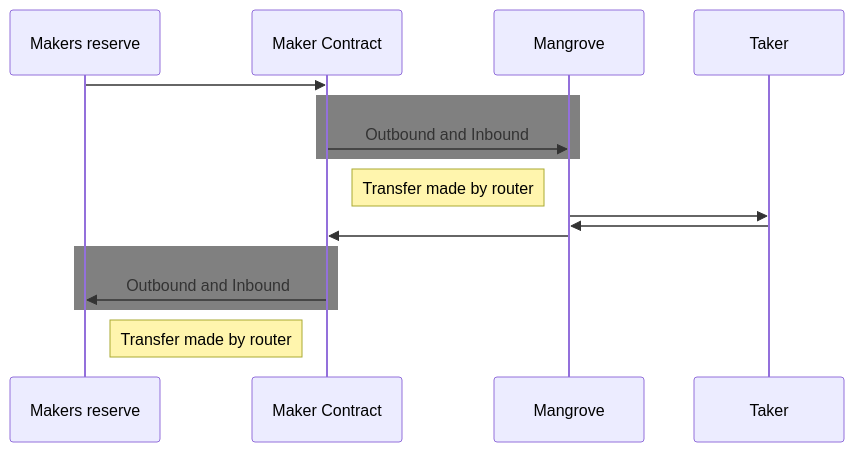
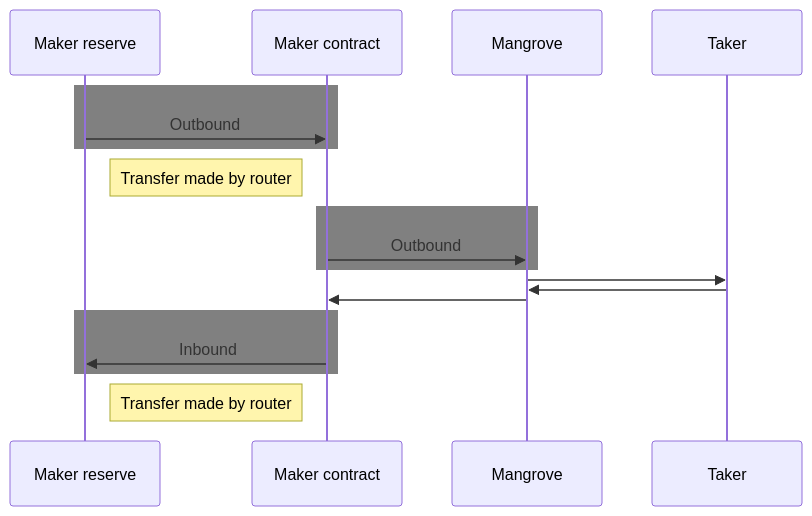
One commit to giry-dev/mangrove-docs changed the diagram in docs/strat-lib/guides/approvals.md. Above: the diagram before and after it, drawn with Mermaid. The commit also changed other lines of this file, not shown here.

````diff
--- a/docs/strat-lib/guides/approvals.md
+++ b/docs/strat-lib/guides/approvals.md
@@ -119,19 +78,21 @@
 ```mermaid
 sequenceDiagram
 
-    participant Maker as Makers reserve
-    participant MC as Maker Contract
+    participant Maker as Maker reserve
+    participant MC as Maker contract
 
-    Maker ->> MC: 
+    rect grey    
+    Maker ->> MC: Outbound
+    end     
+    Note right of Maker: Transfer made by router    
     rect grey
-    MC ->> Mangrove : Outbound and Inbound
+    MC ->> Mangrove : Outbound
     end
-    Note right of MC: Transfer made by router
     Mangrove ->> Taker: 
     Taker ->> Mangrove: 
     Mangrove ->> MC: 
     rect grey
-    MC ->> Maker : Outbound and Inbound
+    MC ->> Maker : Inbound
     end
     Note right of Maker: Transfer made by router
 ```
````
